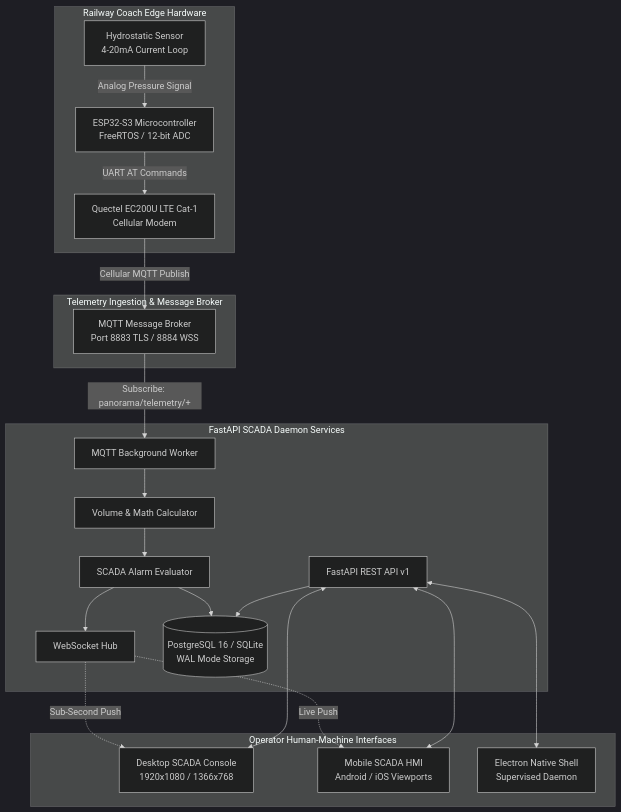
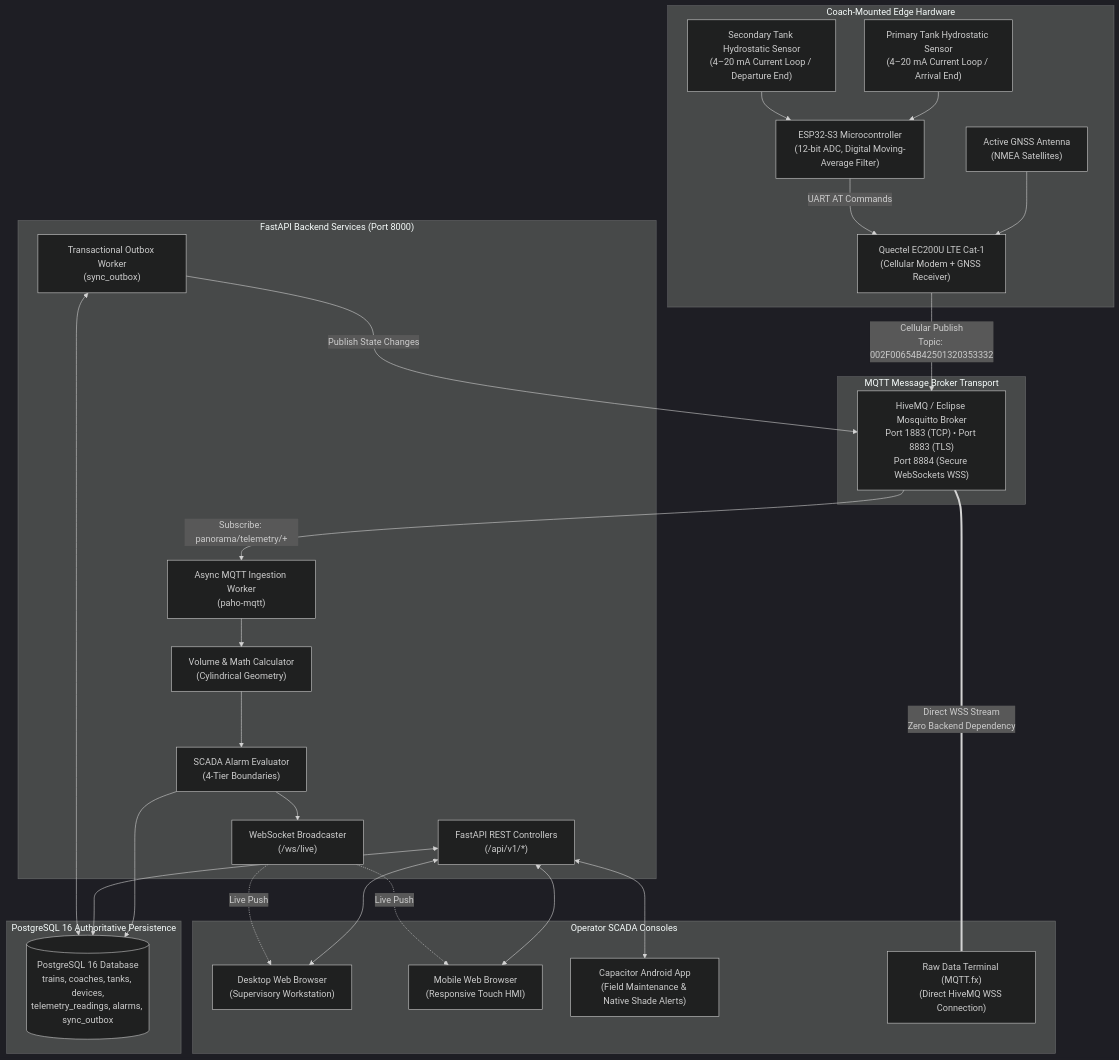
Before and after one commit to soumikbur/PanoramaWaterTank_NextGen: the first of 3 diagrams in README.md, drawn with Mermaid (dark theme). The commit also changed other lines of this file and 12 other files, not shown here.

````diff
--- a/README.md
+++ b/README.md
@@ -171,43 +139,56 @@
 ```mermaid
 flowchart TD
-    subgraph ROLLING_STOCK ["Railway Coach Edge Hardware"]
-        Sensor[Hydrostatic Sensor<br/>4-20mA Current Loop]
-        ESP32[ESP32-S3 Microcontroller<br/>FreeRTOS / 12-bit ADC]
-        LTE[Quectel EC200U LTE Cat-1<br/>Cellular Modem]
-        Sensor -->|Analog Pressure Signal| ESP32
-        ESP32 -->|UART AT Commands| LTE
+    subgraph EDGE_HARDWARE ["Coach-Mounted Edge Hardware"]
+        Sensor1["Primary Tank Hydrostatic Sensor<br/>(4–20 mA Current Loop / Arrival End)"]
+        Sensor2["Secondary Tank Hydrostatic Sensor<br/>(4–20 mA Current Loop / Departure End)"]
+        GNSS["Active GNSS Antenna<br/>(NMEA Satellites)"]
+        MCU["ESP32-S3 Microcontroller<br/>(12-bit ADC, Digital Moving-Average Filter)"]
+        MODEM["Quectel EC200U LTE Cat-1<br/>(Cellular Modem + GNSS Receiver)"]
+
+        Sensor1 --> MCU
+        Sensor2 --> MCU
+        GNSS --> MODEM
+        MCU -->|UART AT Commands| MODEM
     end
 
-    subgraph TELEMETRY_NETWORK ["Telemetry Ingestion & Message Broker"]
-        Broker[MQTT Message Broker<br/>Port 8883 TLS / 8884 WSS]
-        LTE -->|Cellular MQTT Publish| Broker
+    subgraph TRANSPORT ["MQTT Message Broker Transport"]
+        Broker["HiveMQ / Eclipse Mosquitto Broker<br/>Port 1883 (TCP) • Port 8883 (TLS)<br/>Port 8884 (Secure WebSockets WSS)"]
+        MODEM -->|Cellular Publish<br/>Topic: 002F00654B42501320353332| Broker
     end
 
-    subgraph SCADA_BACKEND ["FastAPI SCADA Daemon Services"]
-        Worker[MQTT Background Worker]
-        Calc[Volume & Math Calculator]
-        Alarm[SCADA Alarm Evaluator]
-        WS[WebSocket Hub]
-        API[FastAPI REST API v1]
-        DB[(PostgreSQL 16 / SQLite<br/>WAL Mode Storage)]
+    subgraph BACKEND_DAEMON ["FastAPI Backend Services (Port 8000)"]
+        MqttWorker["Async MQTT Ingestion Worker<br/>(paho-mqtt)"]
+        CalcEngine["Volume & Math Calculator<br/>(Cylindrical Geometry)"]
+        AlarmService["SCADA Alarm Evaluator<br/>(4-Tier Boundaries)"]
+        OutboxWorker["Transactional Outbox Worker<br/>(sync_outbox)"]
+        REST_API["FastAPI REST Controllers<br/>(/api/v1/*)"]
+        WSHub["WebSocket Broadcaster<br/>(/ws/live)"]
 
-        Broker -->|Subscribe: panorama/telemetry/+| Worker
-        Worker --> Calc
-        Calc --> Alarm
-        Alarm --> DB
-        Alarm --> WS
-        API --> DB
+        Broker -->|Subscribe: panorama/telemetry/+| MqttWorker
+        MqttWorker --> CalcEngine
+        CalcEngine --> AlarmService
+        AlarmService --> WSHub
+        OutboxWorker -->|Publish State Changes| Broker
     end
 
-    subgraph HMI_CONSOLE ["Operator Human-Machine Interfaces"]
-        DesktopHMI[Desktop SCADA Console<br/>1920x1080 / 1366x768]
-        MobileHMI[Mobile SCADA HMI<br/>Android / iOS Viewports]
-        Electron[Electron Native Shell<br/>Supervised Daemon]
+    subgraph STORAGE ["PostgreSQL 16 Authoritative Persistence"]
+        PG[("PostgreSQL 16 Database<br/>trains, coaches, tanks, devices,<br/>telemetry_readings, alarms, sync_outbox")]
+        AlarmService --> PG
+        REST_API <--> PG
+        OutboxWorker <--> PG
+    end
 
-        WS -.->|Sub-Second Push| DesktopHMI
-        WS -.->|Live Push| MobileHMI
-        API <---> DesktopHMI
-        API <---> MobileHMI
-        API <---> Electron
+    subgraph CLIENT_INTERFACES ["Operator SCADA Consoles"]
+        DesktopHMI["Desktop Web Browser<br/>(Supervisory Workstation)"]
+        MobileWeb["Mobile Web Browser<br/>(Responsive Touch HMI)"]
+        CapacitorApp["Capacitor Android App<br/>(Field Maintenance & Native Shade Alerts)"]
+        RawTerminal["Raw Data Terminal (MQTT.fx)<br/>(Direct HiveMQ WSS Connection)"]
+
+        REST_API <--> DesktopHMI
+        REST_API <--> MobileWeb
+        REST_API <--> CapacitorApp
+        WSHub -.->|Live Push| DesktopHMI
+        WSHub -.->|Live Push| MobileWeb
+        Broker ===|Direct WSS Stream<br/>Zero Backend Dependency| RawTerminal
     end
 ```
````
